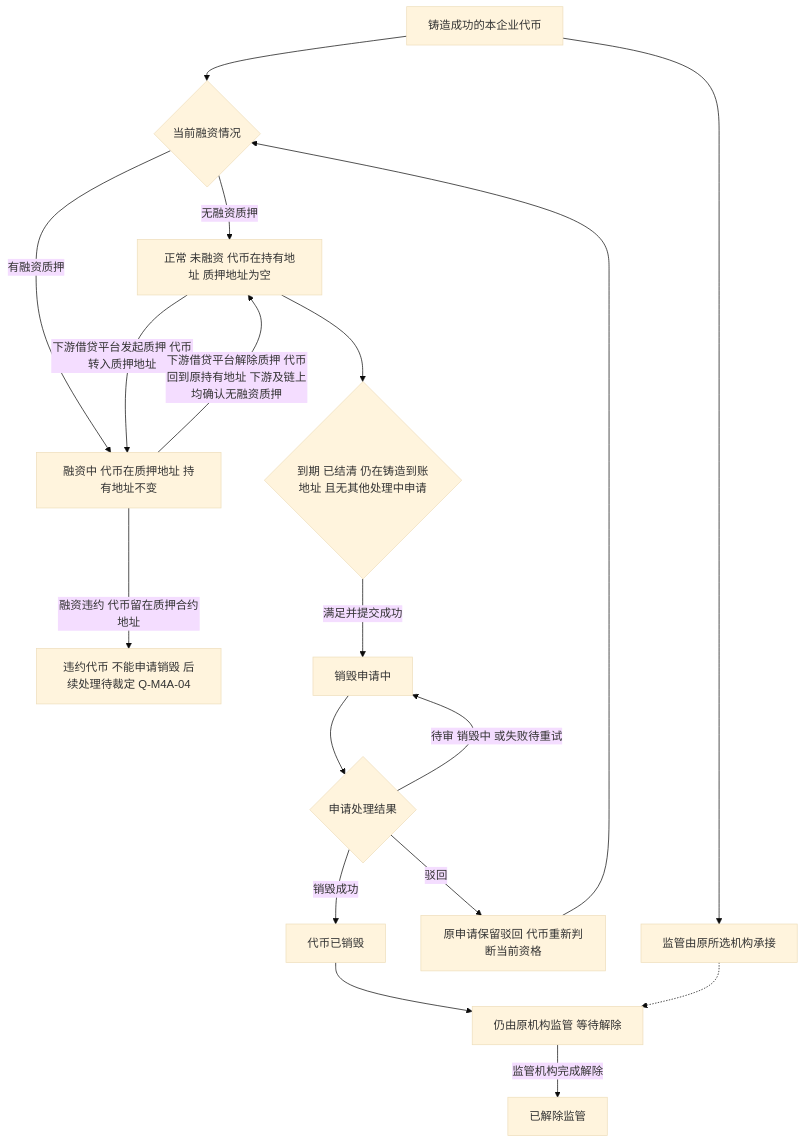
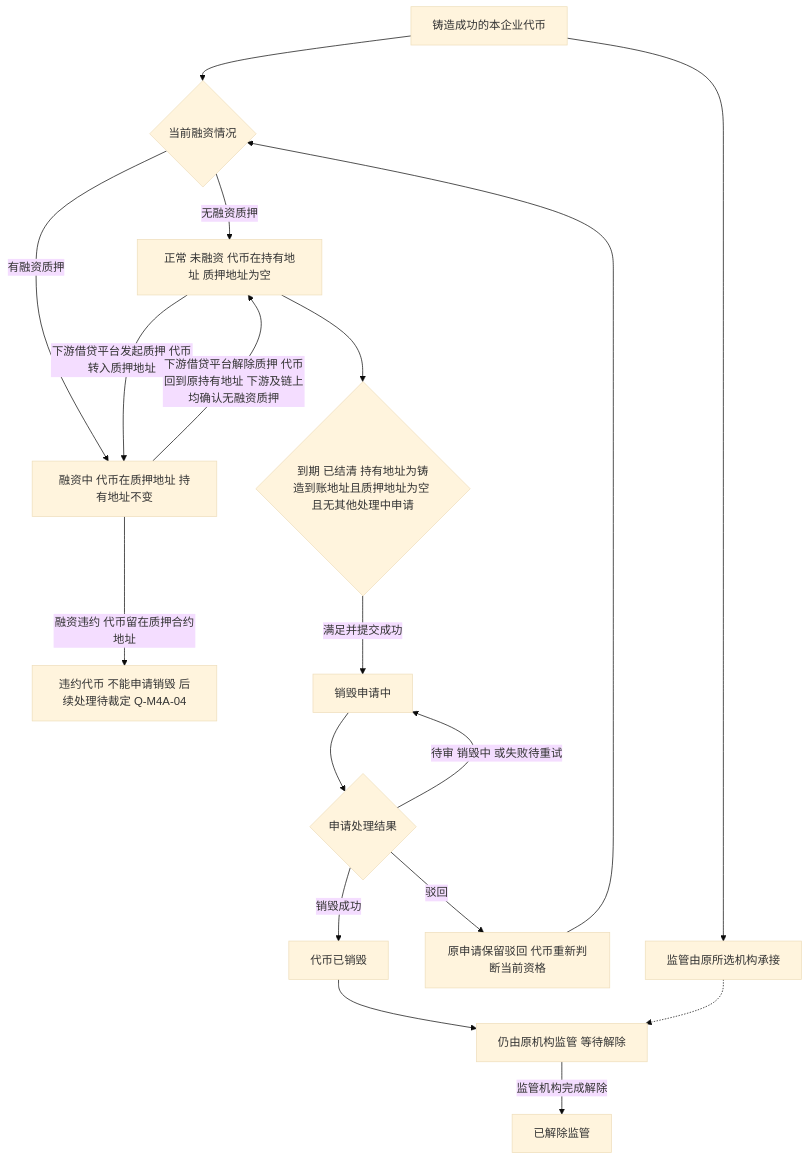
The fourth of 4 diagrams in token-issuance-platform/PRD/面客端/M4a-我的代币与销毁申请/02-我的代币与销毁申请-流程图与状态机.md (wxblockchain/Chain-Financing), drawn with Mermaid (base theme) before and after one commit. The commit also changed other lines of this file and 32 other files, not shown here.

````diff
--- a/token-issuance-platform/PRD/面客端/M4a-我的代币与销毁申请/02-我的代币与销毁申请-流程图与状态机.md
+++ b/token-issuance-platform/PRD/面客端/M4a-我的代币与销毁申请/02-我的代币与销毁申请-流程图与状态机.md
@@ -104,20 +103,20 @@
 ```mermaid
 flowchart TD
     A[铸造成功的本企业代币] --> B[监管由原所选机构承接]
     A --> C{当前融资情况}
     C -->|无融资质押| D[正常 未融资 代币在持有地址 质押地址为空]
     C -->|有融资质押| E[融资中 代币在质押地址 持有地址不变]
     D -->|下游借贷平台发起质押 代币转入质押地址| E
     E -->|下游借贷平台解除质押 代币回到原持有地址 下游及链上均确认无融资质押| D
     E -->|融资违约 代币留在质押合约地址| X[违约代币 不能申请销毁 后续处理待裁定 Q-M4A-04]
-    D --> F{到期 已结清 仍在铸造到账地址 且无其他处理中申请}
+    D --> F{到期 已结清 持有地址为铸造到账地址且质押地址为空 且无其他处理中申请}
     F -->|满足并提交成功| G[销毁申请中]
     G --> H{申请处理结果}
     H -->|驳回| I[原申请保留驳回 代币重新判断当前资格]
     I --> C
     H -->|待审 销毁中 或失败待重试| G
     H -->|销毁成功| J[代币已销毁]
     J --> K[仍由原机构监管 等待解除]
     B -.-> K
     K -->|监管机构完成解除| L[已解除监管]
 ```
````
